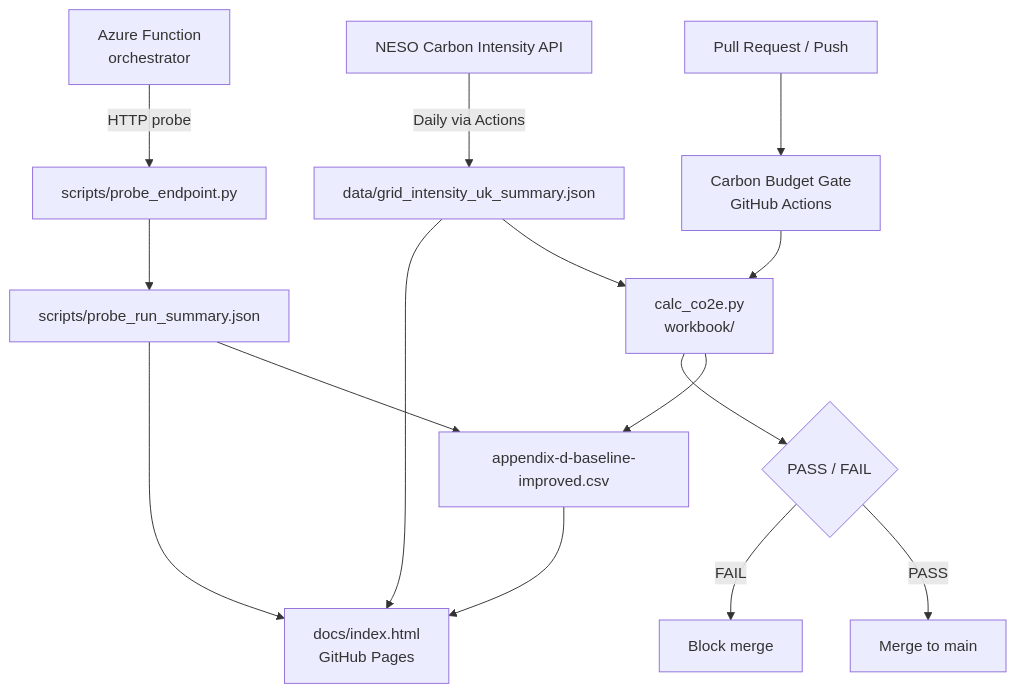
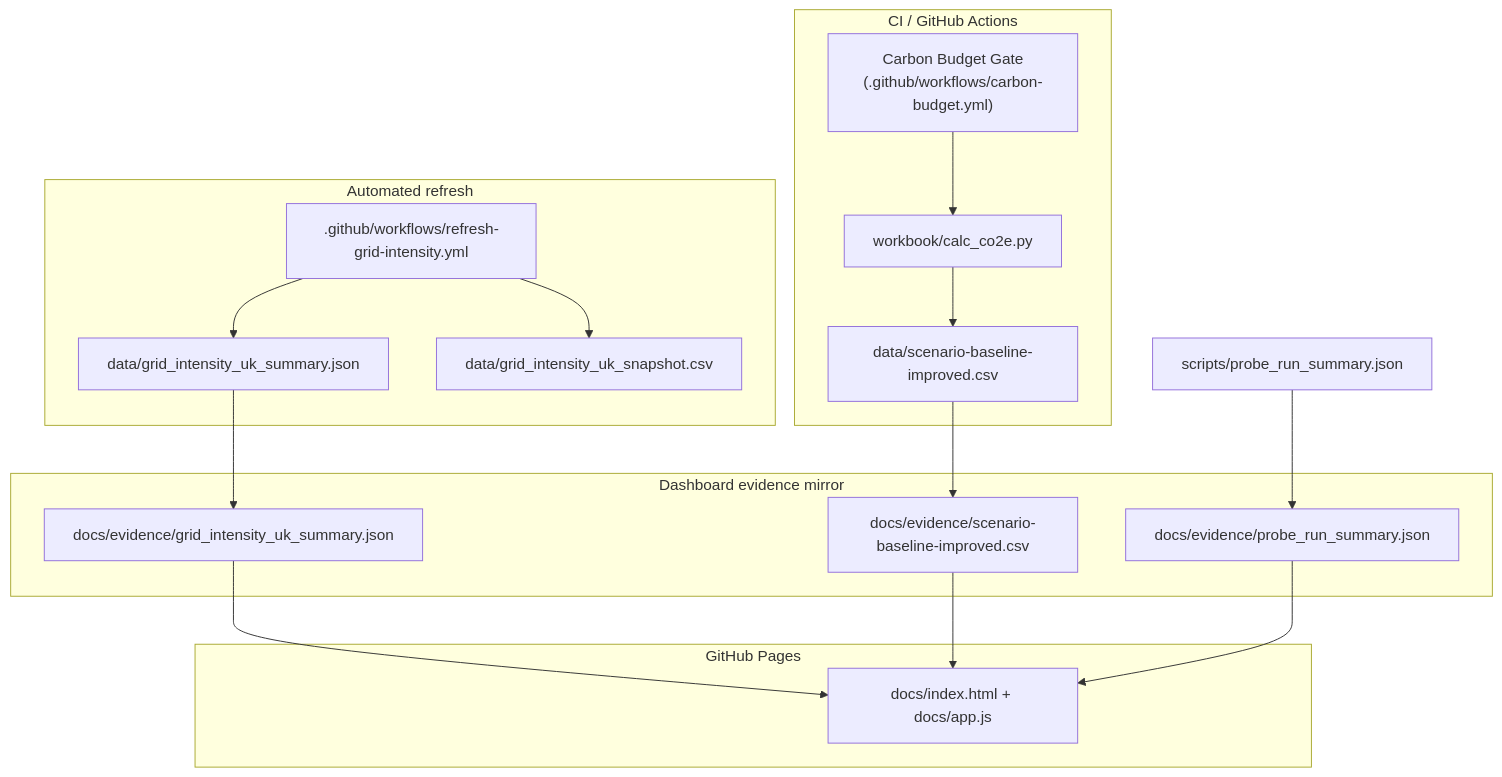
The diagram in README.md (vlad12-k/green-ai-sizer-mvp), drawn with Mermaid before and after one commit. The commit also changed other lines of this file and 38 other files, not shown here.

````diff
--- a/README.md
+++ b/README.md
@@ -214,20 +38,31 @@
 ```mermaid
 flowchart TD
-    PR[Pull Request / Push] --> CIGate[Carbon Budget Gate\nGitHub Actions]
-    CIGate --> Calc[calc_co2e.py\nworkbook/]
-    Calc --> CSV[appendix-d-baseline-improved.csv]
-    Calc --> Pass{PASS / FAIL}
-    Pass -->|PASS| Merge[Merge to main]
-    Pass -->|FAIL| Block[Block merge]
+    subgraph CI["CI / GitHub Actions"]
+        Gate["Carbon Budget Gate<br/>(.github/workflows/carbon-budget.yml)"]
+        Calc["workbook/calc_co2e.py"]
+        Scenario["data/scenario-baseline-improved.csv"]
+        Gate --> Calc --> Scenario
+    end
 
-    GridAPI[NESO Carbon Intensity API] -->|Daily via Actions| GridJSON[data/grid_intensity_uk_summary.json]
-    GridJSON --> Calc
+    subgraph Refresh["Automated refresh"]
+        RefreshWF[".github/workflows/refresh-grid-intensity.yml"]
+        GridSummary["data/grid_intensity_uk_summary.json"]
+        GridSnapshot["data/grid_intensity_uk_snapshot.csv"]
+        RefreshWF --> GridSummary
+        RefreshWF --> GridSnapshot
+    end
 
-    Endpoint[Azure Function\norchestrator] -->|HTTP probe| Probe[scripts/probe_endpoint.py]
-    Probe --> ProbeSummary[scripts/probe_run_summary.json]
-    ProbeSummary --> CSV
+    subgraph Evidence["Dashboard evidence mirror"]
+        EvidenceGrid["docs/evidence/grid_intensity_uk_summary.json"]
+        EvidenceProbe["docs/evidence/probe_run_summary.json"]
+        EvidenceCSV["docs/evidence/scenario-baseline-improved.csv"]
+    end
 
-    GridJSON --> Dashboard[docs/index.html\nGitHub Pages]
-    ProbeSummary --> Dashboard
-    CSV --> Dashboard
+    subgraph Pages["GitHub Pages"]
+        Dashboard["docs/index.html + docs/app.js"]
+    end
+
+    GridSummary --> EvidenceGrid --> Dashboard
+    Scenario --> EvidenceCSV --> Dashboard
+    Probe["scripts/probe_run_summary.json"] --> EvidenceProbe --> Dashboard
 ```
````
